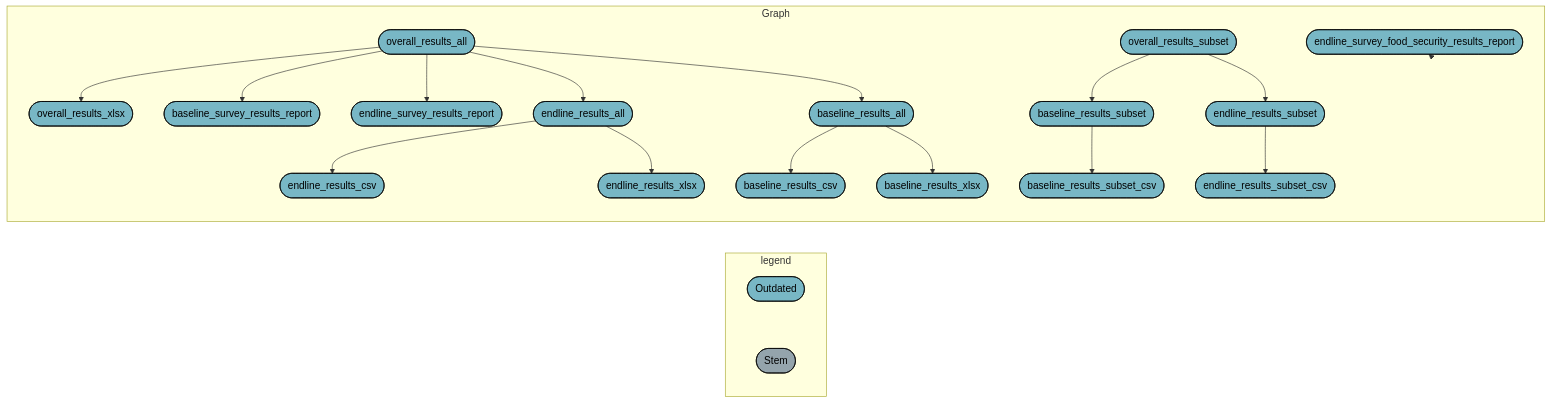
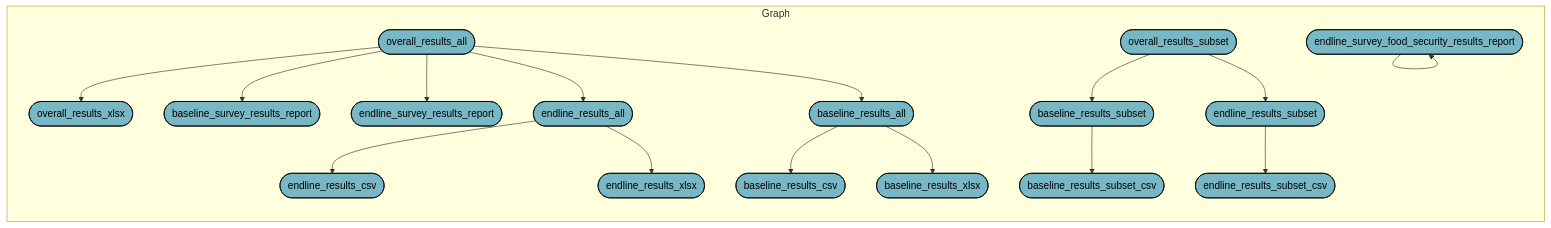
The second of 2 diagrams in README.md (katilingban/zambezia-nampula-survey), drawn with Mermaid before and after one commit. The commit also changed other lines of this file and 1 other file, not shown here.

````diff
--- a/README.md
+++ b/README.md
@@ -126,26 +122,21 @@
 ``` mermaid
 graph LR
-  subgraph legend
-    x0a52b03877696646([""Outdated""]):::outdated --- xbf4603d6c2c2ad6b([""Stem""]):::none
-  end
   subgraph Graph
     x2ae00276a0a5b418(["overall_results_all"]):::outdated --> x0bbe9f288492eeec(["overall_results_xlsx"]):::outdated
     xb8de1d18ad2cc4f6(["baseline_results_all"]):::outdated --> xaa3f6c085cefc626(["baseline_results_csv"]):::outdated
     xa8885ae938ad1519(["overall_results_subset"]):::outdated --> x14c4c0c6cf2ca972(["baseline_results_subset"]):::outdated
     x2ae00276a0a5b418(["overall_results_all"]):::outdated --> x02fbd9452a16eea6(["baseline_survey_results_report"]):::outdated
     xcf2fba5ab534b33c(["endline_results_subset"]):::outdated --> x6ddc0eabdf53e510(["endline_results_subset_csv"]):::outdated
     x14c4c0c6cf2ca972(["baseline_results_subset"]):::outdated --> x969d7dd50bd8a411(["baseline_results_subset_csv"]):::outdated
     xa8885ae938ad1519(["overall_results_subset"]):::outdated --> xcf2fba5ab534b33c(["endline_results_subset"]):::outdated
     x2ae00276a0a5b418(["overall_results_all"]):::outdated --> xcd1b6eeb6bb99aba(["endline_survey_results_report"]):::outdated
     x2ae00276a0a5b418(["overall_results_all"]):::outdated --> xdf25b6550ed0d67d(["endline_results_all"]):::outdated
     xb8de1d18ad2cc4f6(["baseline_results_all"]):::outdated --> xe30152fe1d53bcbe(["baseline_results_xlsx"]):::outdated
     xdf25b6550ed0d67d(["endline_results_all"]):::outdated --> xa5c7be8027626ce4(["endline_results_csv"]):::outdated
     xdf25b6550ed0d67d(["endline_results_all"]):::outdated --> x87d5a544c4ad6d2e(["endline_results_xlsx"]):::outdated
     x2ae00276a0a5b418(["overall_results_all"]):::outdated --> xb8de1d18ad2cc4f6(["baseline_results_all"]):::outdated
     x26387a2c59ebbcd2(["endline_survey_food_security_results_report"]):::outdated --> x26387a2c59ebbcd2(["endline_survey_food_security_results_report"]):::outdated
   end
   classDef outdated stroke:#000000,color:#000000,fill:#78B7C5;
   classDef none stroke:#000000,color:#000000,fill:#94a4ac;
-  linkStyle 0 stroke-width:0px;
-  linkStyle 14 stroke-width:0px;
 ```
````
